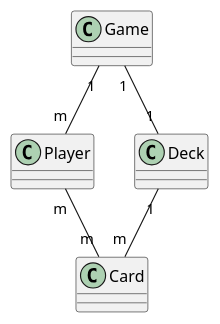
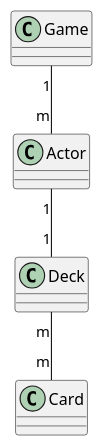
Before and after one commit to saku-kaarakainen/iceye-home-work: the diagram in README.md, drawn with PlantUML. The commit also changed other lines of this file and 20 other files, not shown here.

````diff
--- a/README.md
+++ b/README.md
@@ -28,10 +32,9 @@
 ```plantuml
 @startuml
 
-Game "1" -- "m" Player
-Game "1" -- "1" Deck
-Player "m" -- "m" Card
-Deck "1" -- "m" Card
+Game "1" -- "m" Actor
+Actor "1" -- "1" Deck
+Deck "m" -- "m" Card
 
 @enduml
 ```
````
